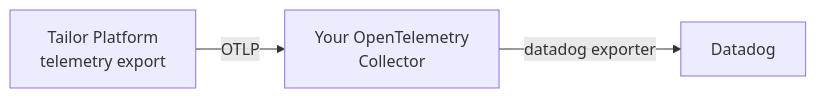
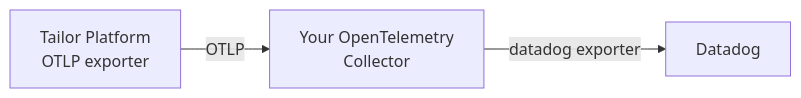
One commit to tailor-platform/docs changed the second of 2 diagrams in docs/guides/opentelemetry.md. Above: the diagram before and after it, drawn with Mermaid. The commit also changed other lines of this file, not shown here.

First line of the commit message:
Rename telemetry export to OTLP exporter in observability guide (#136)

````diff
--- a/docs/guides/opentelemetry.md
+++ b/docs/guides/opentelemetry.md
@@ -166,5 +166,5 @@
 ```mermaid
 flowchart LR
-  A[Tailor Platform<br/>telemetry export] -->|OTLP| B[Your OpenTelemetry<br/>Collector]
+  A[Tailor Platform<br/>OTLP exporter] -->|OTLP| B[Your OpenTelemetry<br/>Collector]
   B -->|datadog exporter| C[Datadog]
 ```
````
